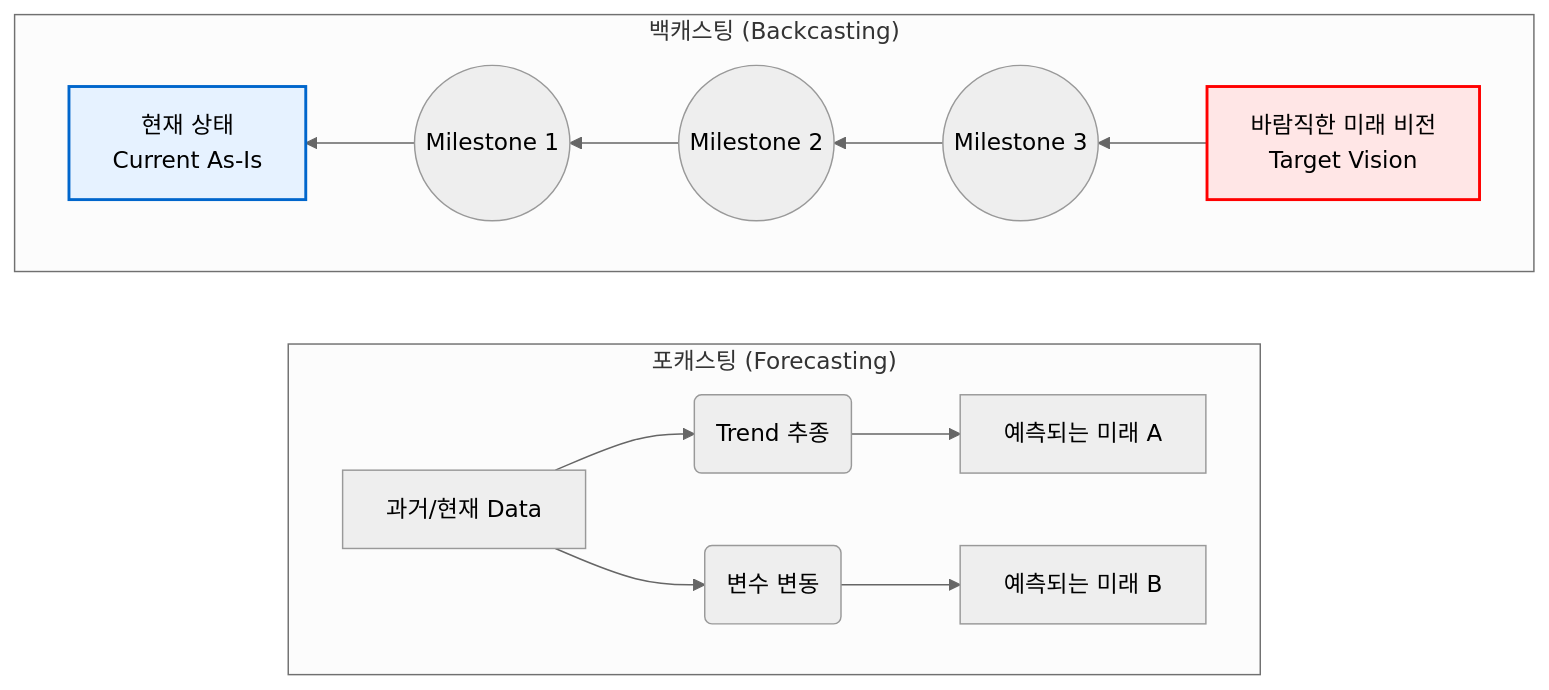
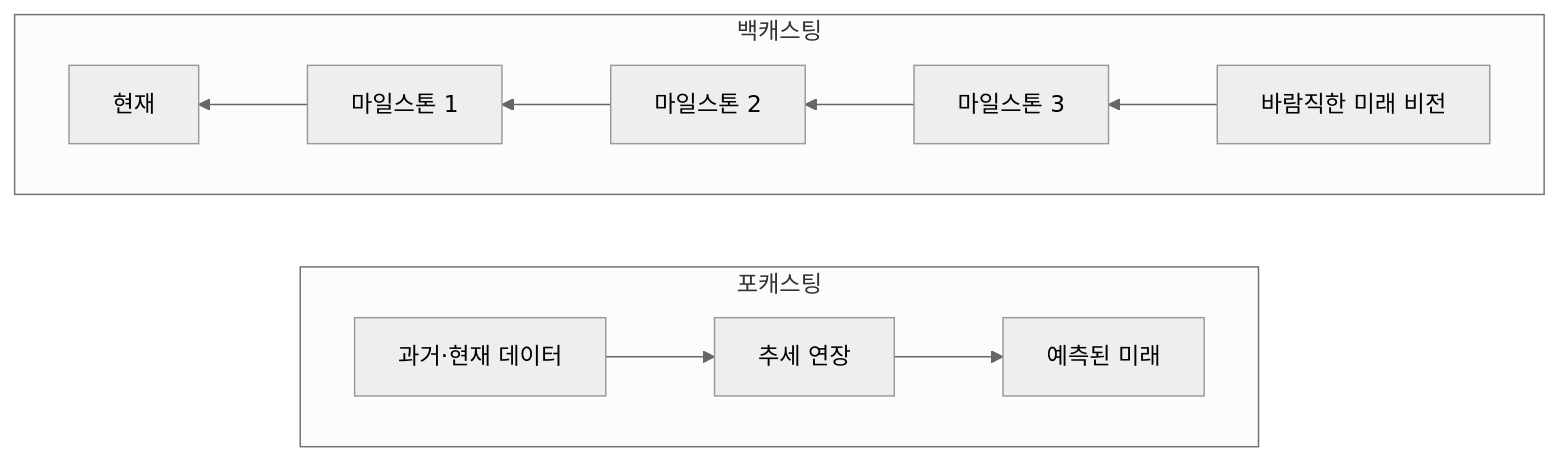
The diagram in content/01_IT Tech/Backcasting.md (supremethumb/supremethumb.github.io), drawn with Mermaid (neutral theme) before and after one commit. The commit also changed other lines of this file and 1087 other files, not shown here.

````diff
--- a/content/01_IT Tech/Backcasting.md
+++ b/content/01_IT Tech/Backcasting.md
@@ -29,20 +34,11 @@
 ```mermaid
 flowchart LR
-    subgraph "포캐스팅 (Forecasting)"
+    subgraph F["포캐스팅"]
         direction LR
-        P1[과거/현재 Data] --> T1(Trend 추종) --> F1[예측되는 미래 A]
-        P1 --> T2(변수 변동) --> F2[예측되는 미래 B]
+        P1["과거·현재 데이터"] --> T1["추세 연장"] --> F1["예측된 미래"]
     end
-
-    subgraph "백캐스팅 (Backcasting)"
+    subgraph B["백캐스팅"]
         direction RL
-        V[바람직한 미래 비전<br/>Target Vision] --> M1((Milestone 3))
-        M1 --> M2((Milestone 2))
-        M2 --> M3((Milestone 1))
-        M3 --> C[현재 상태<br/>Current As-Is]
+        V["바람직한 미래 비전"] --> M3["마일스톤 3"] --> M2["마일스톤 2"] --> M1["마일스톤 1"] --> C["현재"]
     end
-
-    style V fill:#ffe6e6,stroke:#ff0000,stroke-width:2px
-    style C fill:#e6f2ff,stroke:#0066cc,stroke-width:2px
-
 ```
````
